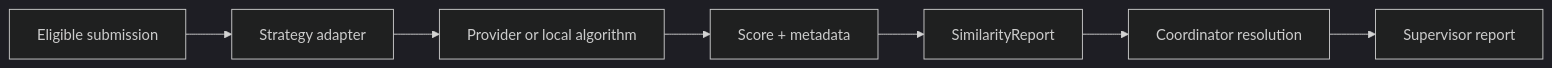
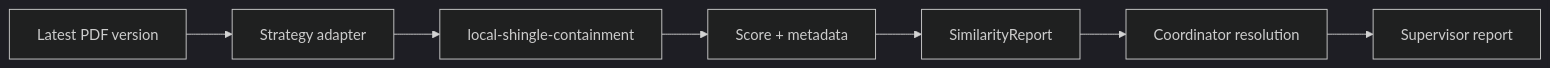
Before and after one commit to hydrafog/thesis-coordinator: the diagram in docs/features/review-similarity.md, drawn with Mermaid (dark theme). The commit also changed other lines of this file and 96 other files, not shown here.

````diff
--- a/docs/features/review-similarity.md
+++ b/docs/features/review-similarity.md
@@ -7,9 +9,9 @@
 ```mermaid
 flowchart LR
-	A[Eligible submission] --> B[Strategy adapter]
-	B --> C[Provider or local algorithm]
+	A[Latest PDF version] --> B[Strategy adapter]
+	B --> C[local-shingle-containment]
 	C --> D[Score + metadata]
 	D --> E[SimilarityReport]
 	E --> F[Coordinator resolution]
 	F --> G[Supervisor report]
 ```
````
